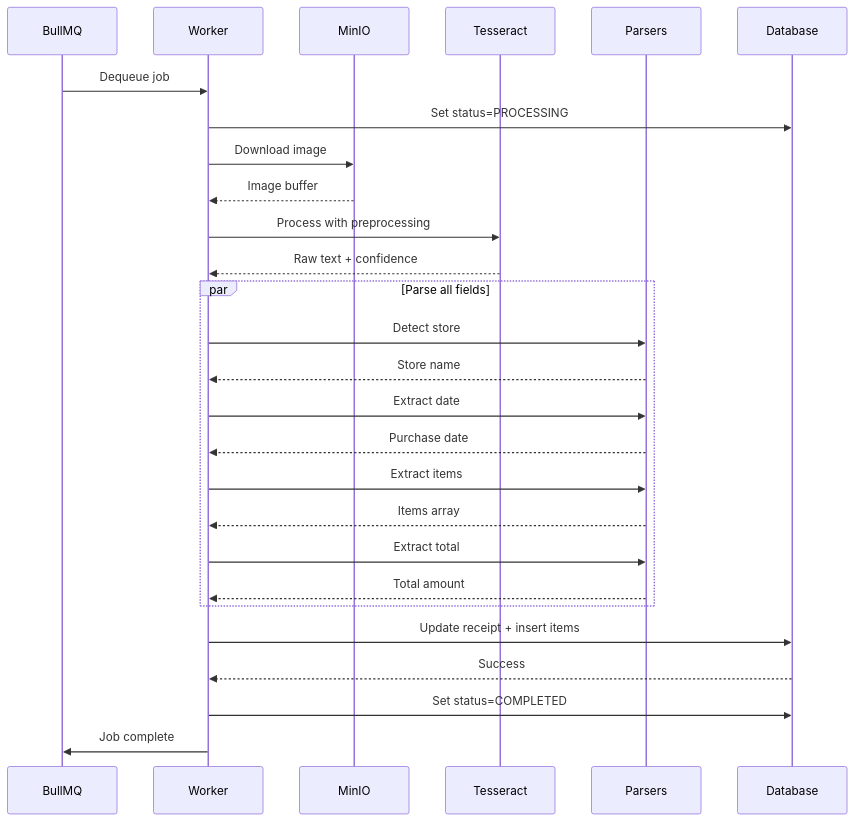
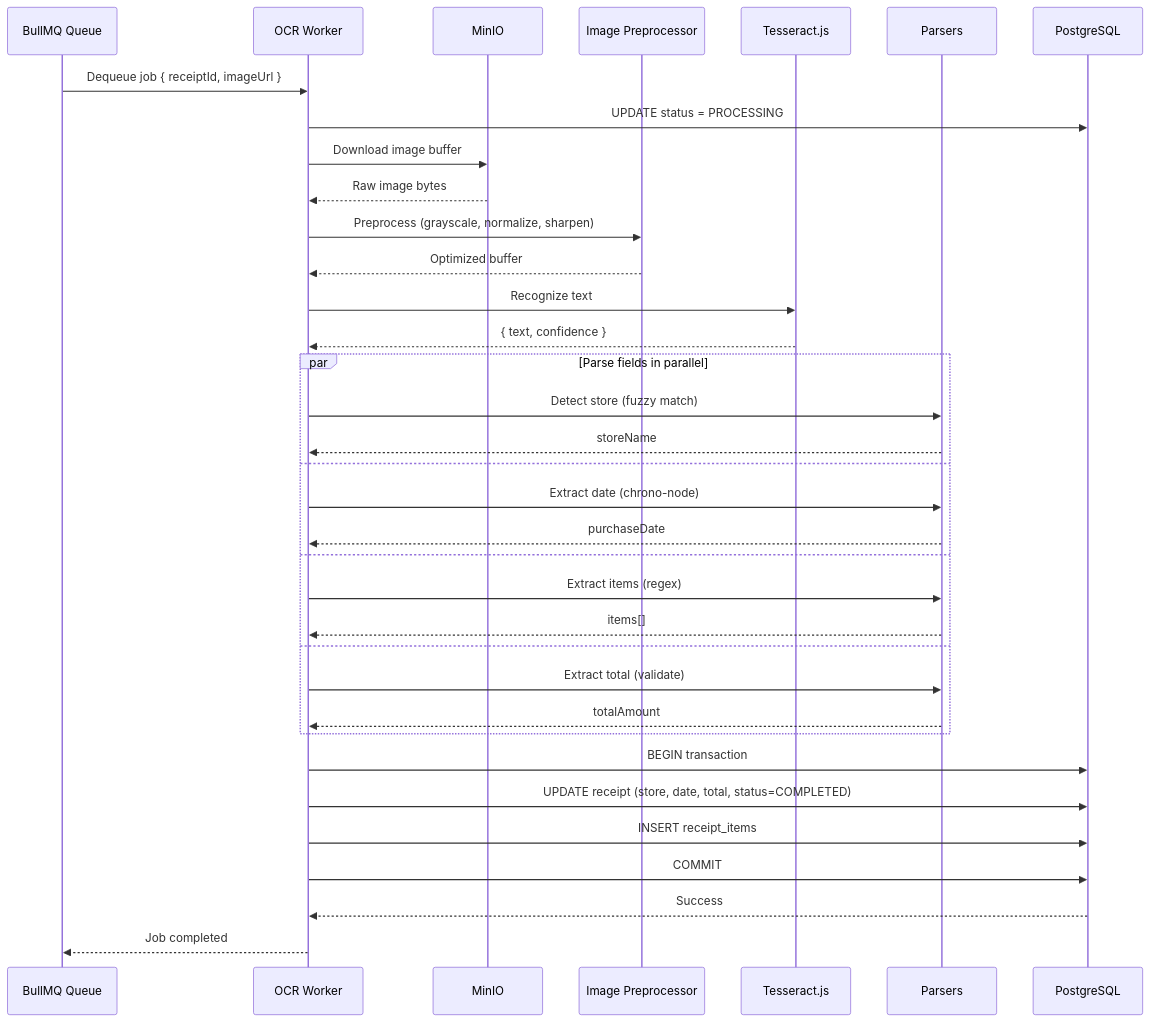
One commit to mpwg/Pricey changed the fourth of 5 diagrams in docs/ARCHITECTURE-CURRENT.md. Above: the diagram before and after it, drawn with Mermaid. The commit also changed other lines of this file and 1 other file, not shown here.

````diff
--- a/docs/ARCHITECTURE-CURRENT.md
+++ b/docs/ARCHITECTURE-CURRENT.md
@@ -448,32 +503,40 @@
 ```mermaid
 sequenceDiagram
-    participant Q as BullMQ
-    participant W as Worker
+    participant Q as BullMQ Queue
+    participant W as OCR Worker
     participant S3 as MinIO
-    participant OCR as Tesseract
+    participant Sharp as Image Preprocessor
+    participant OCR as Tesseract.js
     participant P as Parsers
-    participant DB as Database
+    participant DB as PostgreSQL
 
-    Q->>W: Dequeue job
-    W->>DB: Set status=PROCESSING
-    W->>S3: Download image
-    S3-->>W: Image buffer
-    W->>OCR: Process with preprocessing
-    OCR-->>W: Raw text + confidence
+    Q->>W: Dequeue job { receiptId, imageUrl }
+    W->>DB: UPDATE status = PROCESSING
+    W->>S3: Download image buffer
+    S3-->>W: Raw image bytes
+    W->>Sharp: Preprocess (grayscale, normalize, sharpen)
+    Sharp-->>W: Optimized buffer
+    W->>OCR: Recognize text
+    OCR-->>W: { text, confidence }
 
-    par Parse all fields
-        W->>P: Detect store
-        P-->>W: Store name
-        W->>P: Extract date
-        P-->>W: Purchase date
-        W->>P: Extract items
-        P-->>W: Items array
-        W->>P: Extract total
-        P-->>W: Total amount
+    par Parse fields in parallel
+        W->>P: Detect store (fuzzy match)
+        P-->>W: storeName
+    and
+        W->>P: Extract date (chrono-node)
+        P-->>W: purchaseDate
+    and
+        W->>P: Extract items (regex)
+        P-->>W: items[]
+    and
+        W->>P: Extract total (validate)
+        P-->>W: totalAmount
     end
 
-    W->>DB: Update receipt + insert items
+    W->>DB: BEGIN transaction
+    W->>DB: UPDATE receipt (store, date, total, status=COMPLETED)
+    W->>DB: INSERT receipt_items
+    W->>DB: COMMIT
     DB-->>W: Success
-    W->>DB: Set status=COMPLETED
-    W->>Q: Job complete
+    W-->>Q: Job completed
 ```
````
